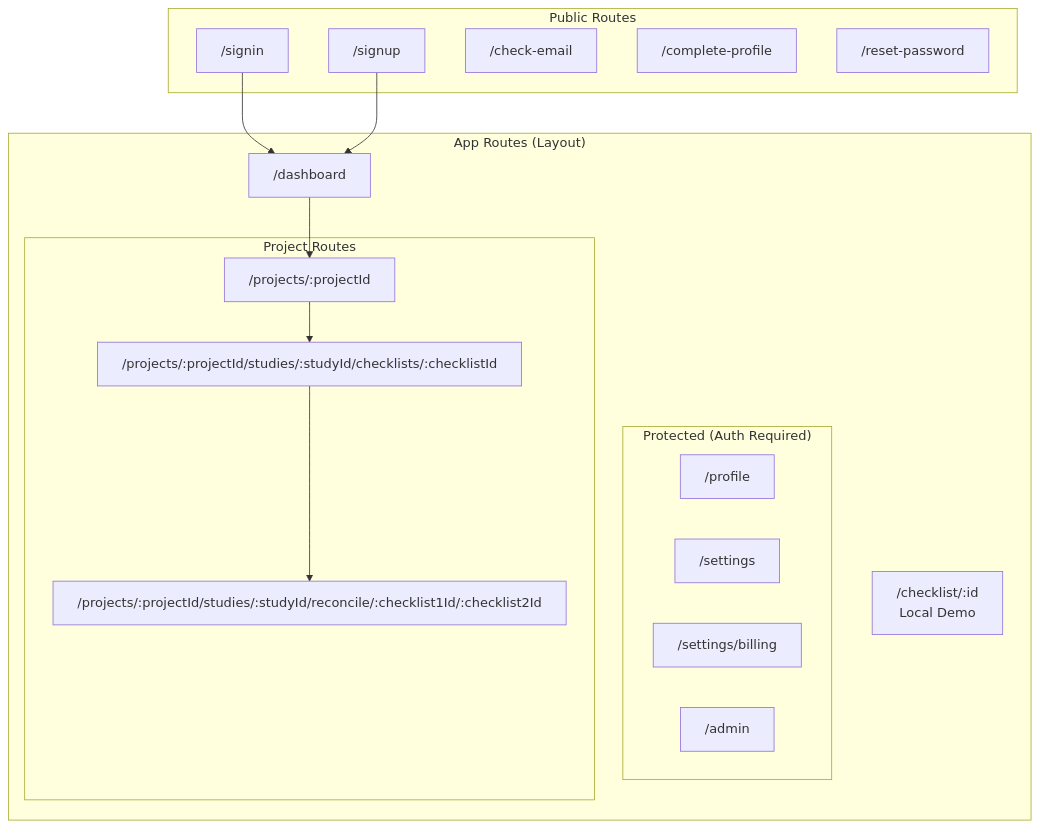
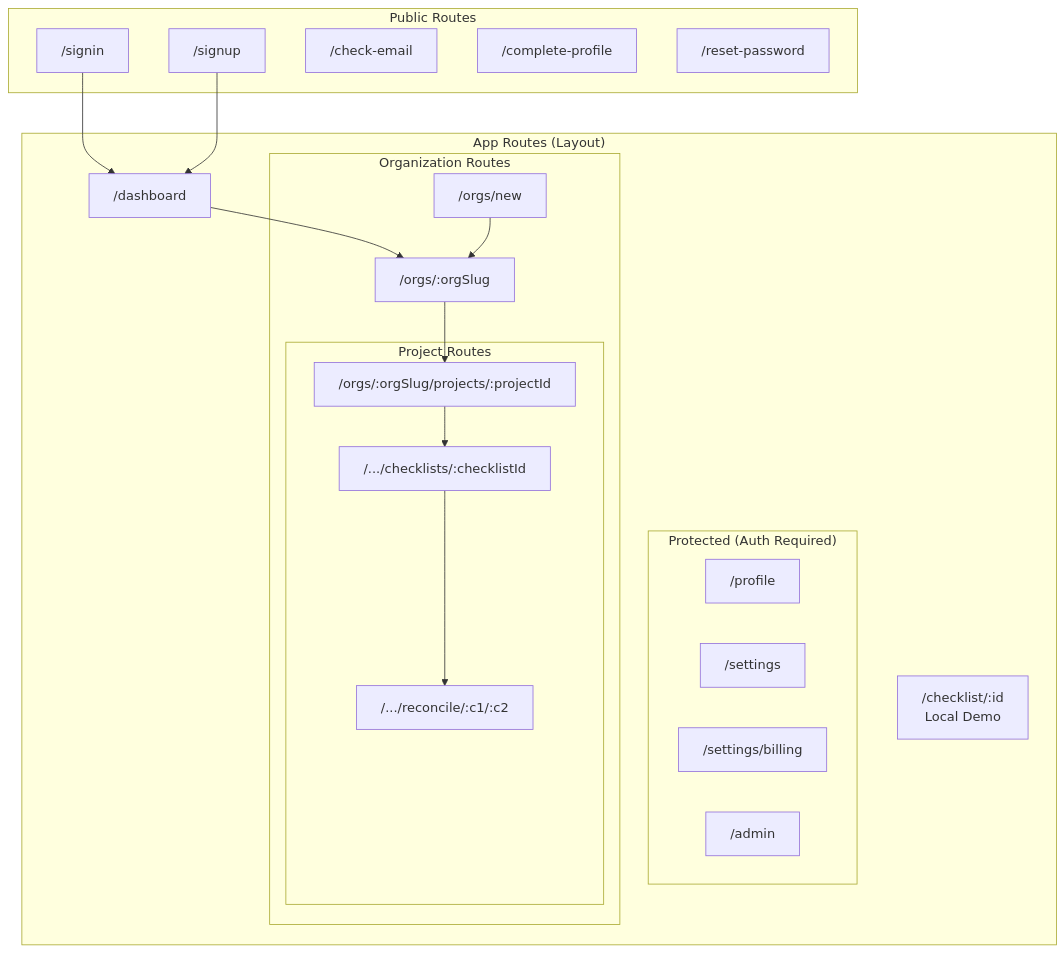
Before and after one commit to InfinityBowman/corates: the diagram in packages/docs/architecture/diagrams/05-frontend-routes.md, drawn with Mermaid. The commit also changed other lines of this file and 12 other files, not shown here.

````diff
--- a/packages/docs/architecture/diagrams/05-frontend-routes.md
+++ b/packages/docs/architecture/diagrams/05-frontend-routes.md
@@ -5,34 +5,41 @@
 ```mermaid
 flowchart TD
     subgraph Public["Public Routes"]
         signin["/signin"]
         signup["/signup"]
         checkemail["/check-email"]
         completeprofile["/complete-profile"]
         resetpw["/reset-password"]
     end
 
     subgraph App["App Routes (Layout)"]
         dashboard["/dashboard"]
         localcheck["/checklist/:id<br/>Local Demo"]
 
         subgraph Protected["Protected (Auth Required)"]
             profile["/profile"]
             settings["/settings"]
             billing["/settings/billing"]
             admin["/admin"]
         end
 
-        subgraph Project["Project Routes"]
-            projectview["/projects/:projectId"]
-            checklistview["/projects/:projectId/studies/:studyId/checklists/:checklistId"]
-            reconcile["/projects/:projectId/studies/:studyId/reconcile/:checklist1Id/:checklist2Id"]
+        subgraph OrgRoutes["Organization Routes"]
+            createorg["/orgs/new"]
+            orgdash["/orgs/:orgSlug"]
+
+            subgraph ProjectRoutes["Project Routes"]
+                projectview["/orgs/:orgSlug/projects/:projectId"]
+                checklistview["/.../checklists/:checklistId"]
+                reconcile["/.../reconcile/:c1/:c2"]
+            end
         end
     end
 
     signin --> dashboard
     signup --> dashboard
-    dashboard --> projectview
+    dashboard --> orgdash
+    createorg --> orgdash
+    orgdash --> projectview
     projectview --> checklistview
     checklistview --> reconcile
 ```
````
